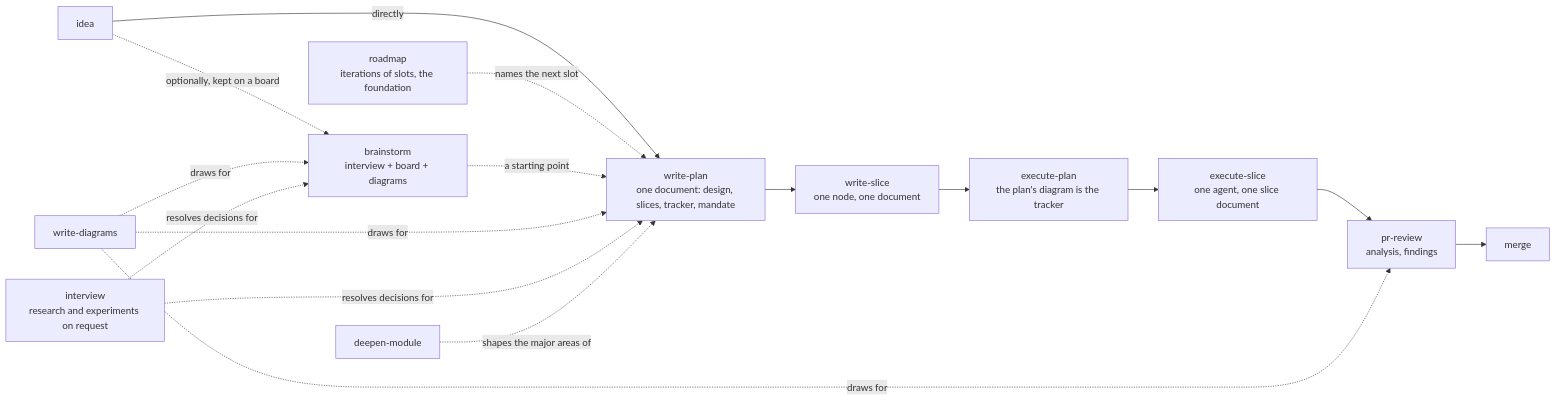
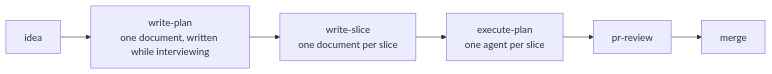
One commit to Ovich/charrette changed the diagram in README.md. Above: the diagram before and after it, drawn with Mermaid. The commit also changed other lines of this file, not shown here.

Commit message:
readme: the loop diagram shows the core chain only
idea, write-plan, write-slice, execute-plan, pr-review, merge. The skills that serve
them are one sentence under it, not arrows on it.

````diff
--- a/README.md
+++ b/README.md
@@ -16,15 +16,8 @@
 ```mermaid
 flowchart LR
-  I["idea"] -.->|optionally, kept on a board| B["brainstorm<br/>interview + board + diagrams"]
-  I -->|directly| P
-  RM["roadmap<br/>iterations of slots, the foundation"] -.->|names the next slot| P
-  B -.->|a starting point| P["write-plan<br/>one document: design, slices, tracker, mandate"]
-  P --> WS["write-slice<br/>one node, one document"]
-  WS --> E["execute-plan<br/>the plan's diagram is the tracker"]
-  E --> S["execute-slice<br/>one agent, one slice document"]
-  S --> R["pr-review<br/>analysis, findings"]
+  I["idea"] --> P["write-plan<br/>one document, written while interviewing"]
+  P --> WS["write-slice<br/>one document per slice"]
+  WS --> E["execute-plan<br/>one agent per slice"]
+  E --> R["pr-review"]
   R --> M["merge"]
-  D["write-diagrams"] -.->|draws for| B & P & R
-  Q["interview<br/>research and experiments on request"] -.->|resolves decisions for| B & P
-  DM["deepen-module"] -.->|shapes the major areas of| P
 ```
````
